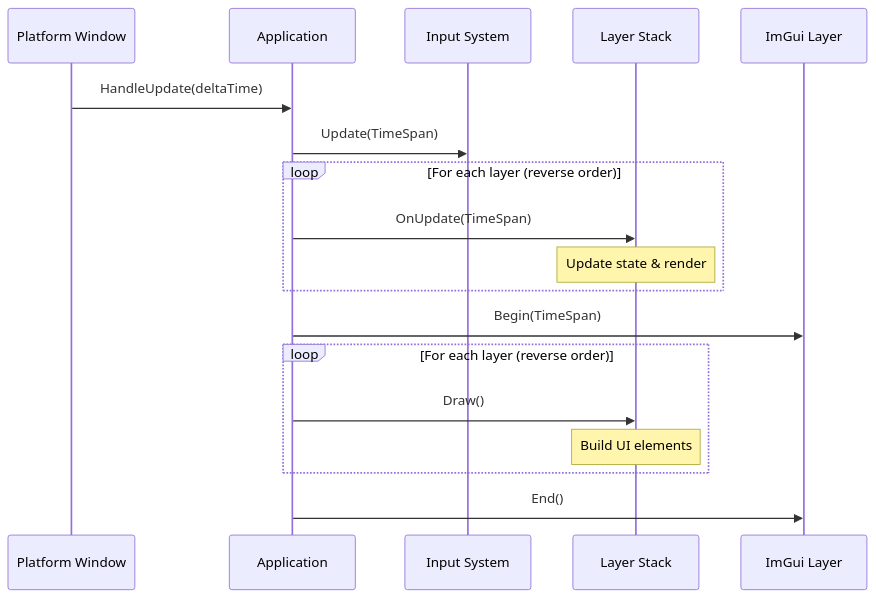
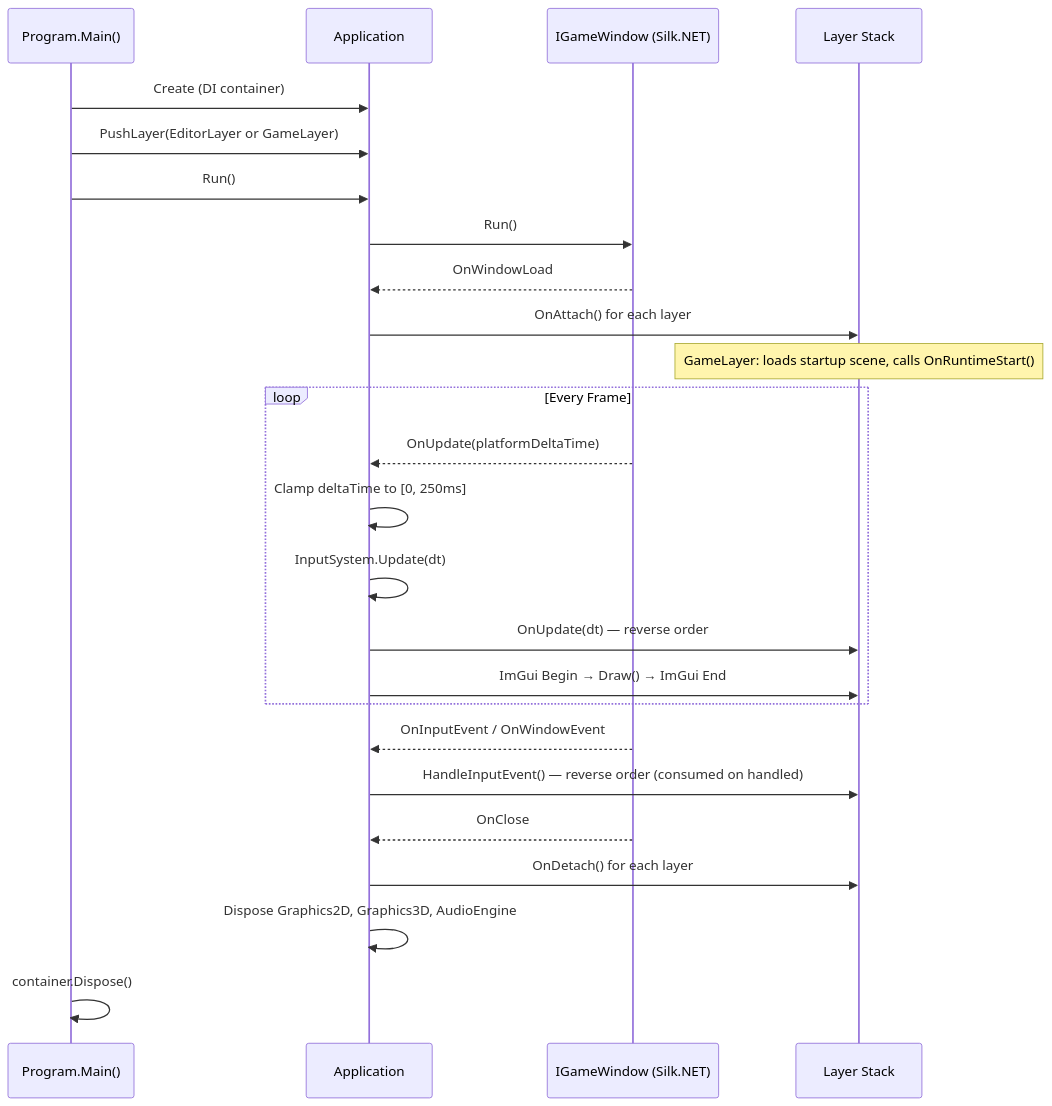
One commit to kateusz/GameEngine changed the second of 6 diagrams in docs/architecture/game-loop.md. Above: the diagram before and after it, drawn with Mermaid. The commit also changed other lines of this file and 30 other files, not shown here.

````diff
--- a/docs/architecture/game-loop.md
+++ b/docs/architecture/game-loop.md
@@ -43,23 +48,32 @@
 ```mermaid
 sequenceDiagram
-    participant Platform as Platform Window
+    participant Main as Program.Main()
     participant App as Application
-    participant Input as Input System
+    participant Win as IGameWindow (Silk.NET)
     participant Layers as Layer Stack
-    participant ImGui as ImGui Layer
 
-    Platform->>App: HandleUpdate(deltaTime)
-    App->>Input: Update(TimeSpan)
+    Main->>App: Create (DI container)
+    Main->>App: PushLayer(EditorLayer or GameLayer)
+    Main->>App: Run()
+    App->>Win: Run()
 
-    loop For each layer (reverse order)
-        App->>Layers: OnUpdate(TimeSpan)
-        Note over Layers: Update state & render
+    Win-->>App: OnWindowLoad
+    App->>Layers: OnAttach() for each layer
+    Note over Layers: GameLayer: loads startup scene, calls OnRuntimeStart()
+
+    loop Every Frame
+        Win-->>App: OnUpdate(platformDeltaTime)
+        App->>App: Clamp deltaTime to [0, 250ms]
+        App->>App: InputSystem.Update(dt)
+        App->>Layers: OnUpdate(dt) — reverse order
+        App->>Layers: ImGui Begin → Draw() → ImGui End
     end
 
-    App->>ImGui: Begin(TimeSpan)
-    loop For each layer (reverse order)
-        App->>Layers: Draw()
-        Note over Layers: Build UI elements
-    end
-    App->>ImGui: End()
+    Win-->>App: OnInputEvent / OnWindowEvent
+    App->>Layers: HandleInputEvent() — reverse order (consumed on handled)
+
+    Win-->>App: OnClose
+    App->>Layers: OnDetach() for each layer
+    App->>App: Dispose Graphics2D, Graphics3D, AudioEngine
+    Main->>Main: container.Dispose()
 ```
````
